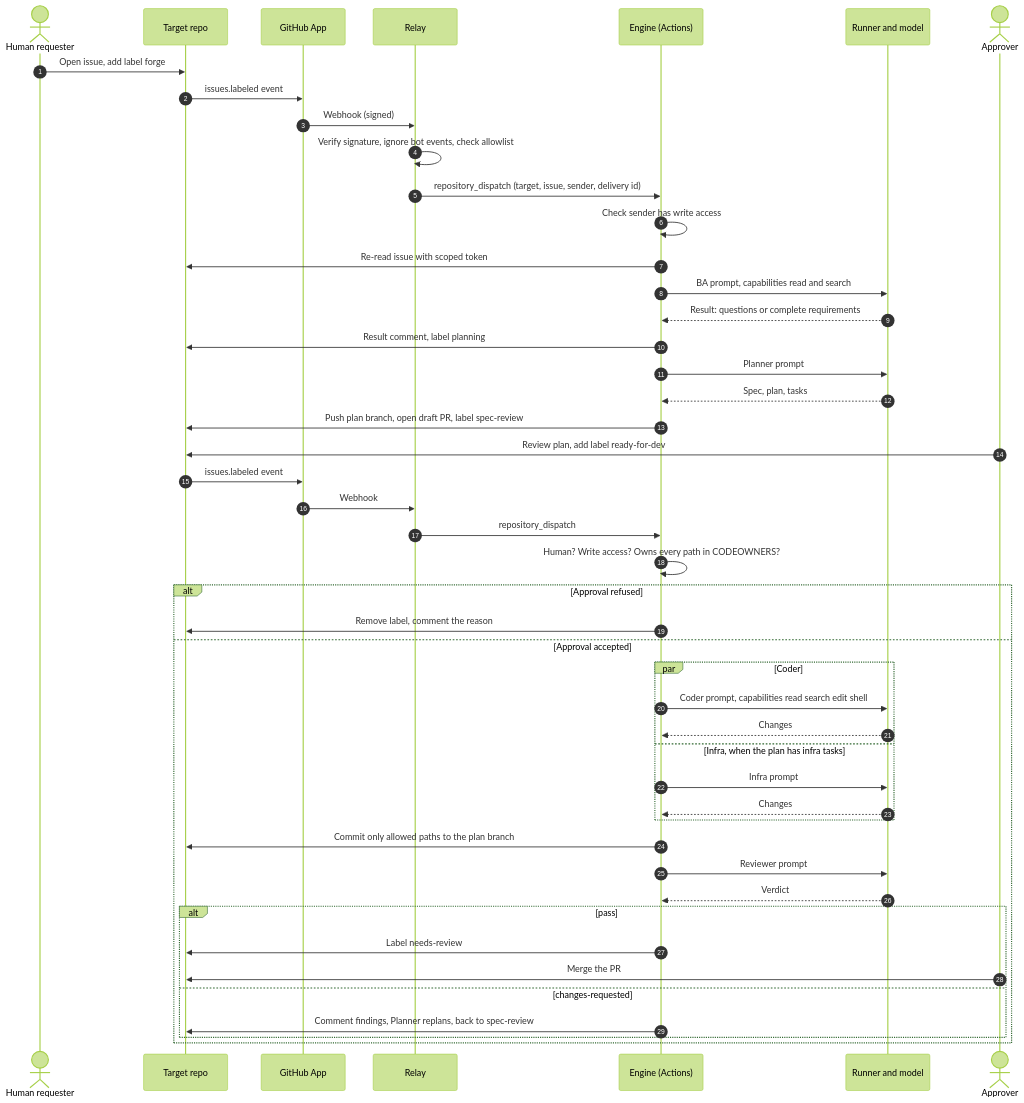
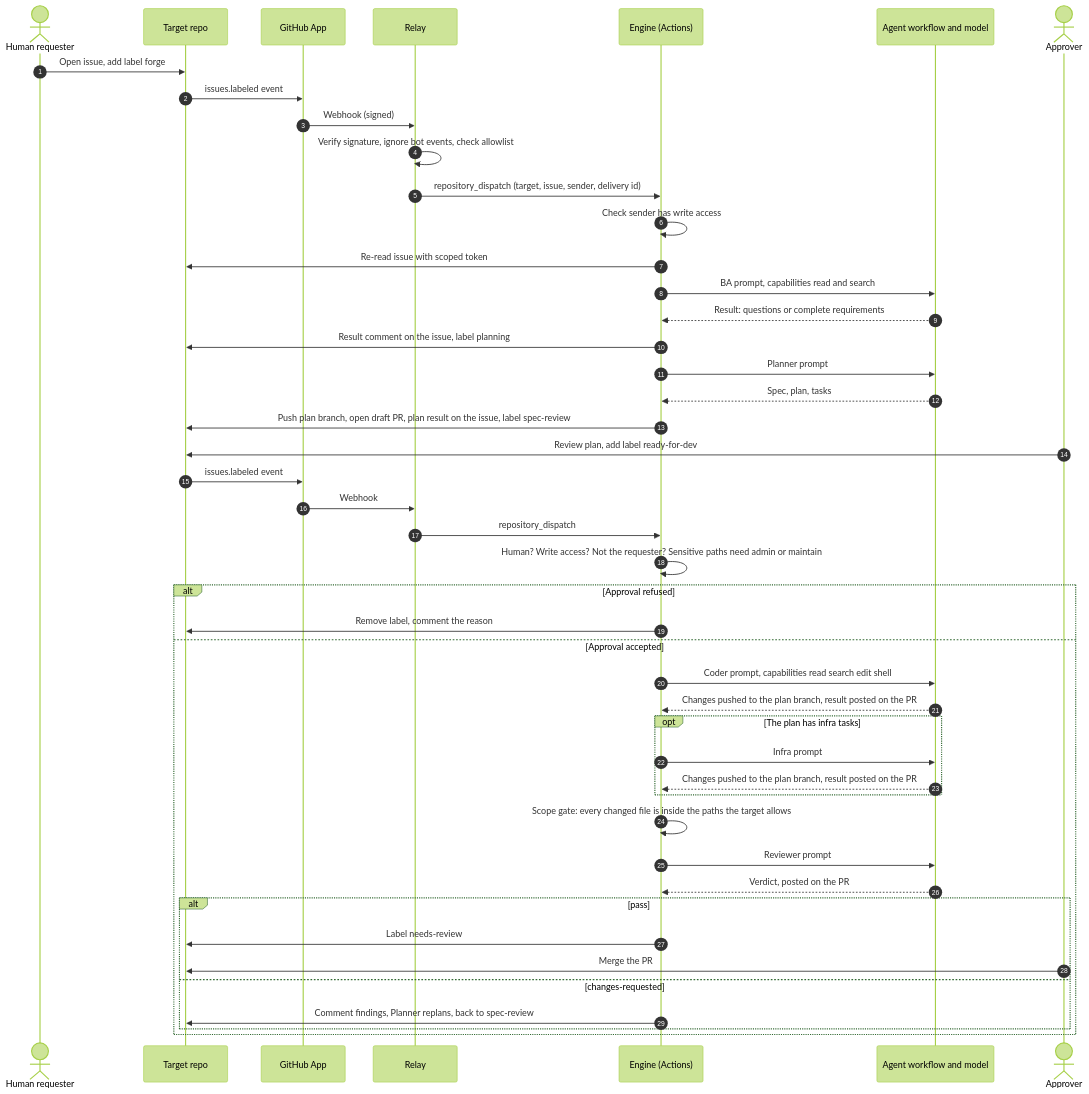
The second of 3 diagrams in README.md (LuisiitoDev/agentic-forge), drawn with Mermaid (forest theme) before and after one commit. The commit also changed other lines of this file and 40 other files, not shown here.

````diff
--- a/README.md
+++ b/README.md
@@ -52,52 +52,51 @@
 ```mermaid
 sequenceDiagram
     autonumber
     actor H as Human requester
     participant T as Target repo
     participant A as GitHub App
     participant R as Relay
     participant E as Engine (Actions)
-    participant M as Runner and model
+    participant M as Agent workflow and model
     actor O as Approver
 
     H->>T: Open issue, add label forge
     T->>A: issues.labeled event
     A->>R: Webhook (signed)
     R->>R: Verify signature, ignore bot events, check allowlist
     R->>E: repository_dispatch (target, issue, sender, delivery id)
     E->>E: Check sender has write access
     E->>T: Re-read issue with scoped token
     E->>M: BA prompt, capabilities read and search
     M-->>E: Result: questions or complete requirements
-    E->>T: Result comment, label planning
+    E->>T: Result comment on the issue, label planning
 
     E->>M: Planner prompt
     M-->>E: Spec, plan, tasks
-    E->>T: Push plan branch, open draft PR, label spec-review
+    E->>T: Push plan branch, open draft PR, plan result on the issue, label spec-review
 
     O->>T: Review plan, add label ready-for-dev
     T->>A: issues.labeled event
     A->>R: Webhook
     R->>E: repository_dispatch
-    E->>E: Human? Write access? Owns every path in CODEOWNERS?
+    E->>E: Human? Write access? Not the requester? Sensitive paths need admin or maintain
     alt Approval refused
         E->>T: Remove label, comment the reason
     else Approval accepted
-        par Coder
-            E->>M: Coder prompt, capabilities read search edit shell
-            M-->>E: Changes
-        and Infra, when the plan has infra tasks
+        E->>M: Coder prompt, capabilities read search edit shell
+        M-->>E: Changes pushed to the plan branch, result posted on the PR
+        opt The plan has infra tasks
             E->>M: Infra prompt
-            M-->>E: Changes
+            M-->>E: Changes pushed to the plan branch, result posted on the PR
         end
-        E->>T: Commit only allowed paths to the plan branch
+        E->>E: Scope gate: every changed file is inside the paths the target allows
         E->>M: Reviewer prompt
-        M-->>E: Verdict
+        M-->>E: Verdict, posted on the PR
         alt pass
             E->>T: Label needs-review
             O->>T: Merge the PR
         else changes-requested
             E->>T: Comment findings, Planner replans, back to spec-review
         end
     end
 ```
````
